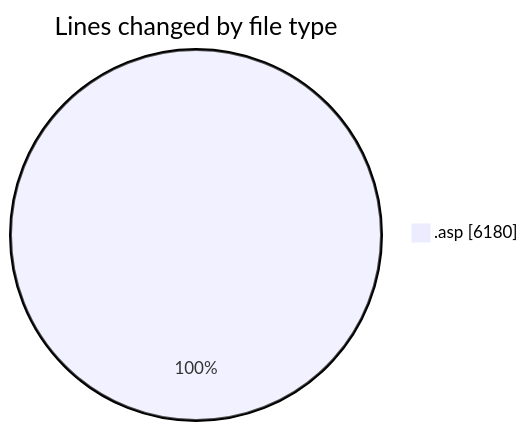
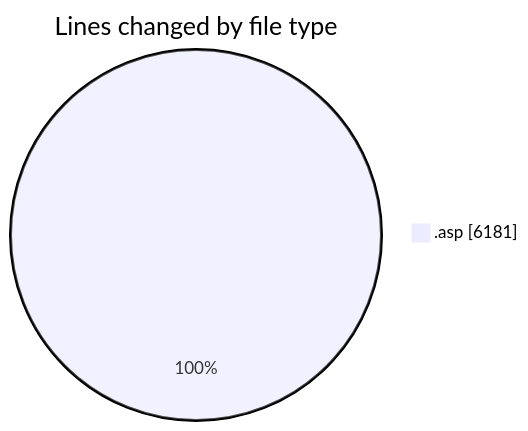
The first of 2 diagrams in 2025-11-28/cdp_aleoudev_fr__workspace_/README.md (julien-gomy/code-tracking), drawn with Mermaid before and after one commit. The commit also changed other lines of this file and 1 other file, not shown here.

````diff
--- a/2025-11-28/cdp_aleoudev_fr__workspace_/README.md
+++ b/2025-11-28/cdp_aleoudev_fr__workspace_/README.md
@@ -22,5 +22,5 @@
 ```mermaid
 pie showData
 title Lines changed by file type
-".asp" : 6180
+".asp" : 6181
 ```
````
